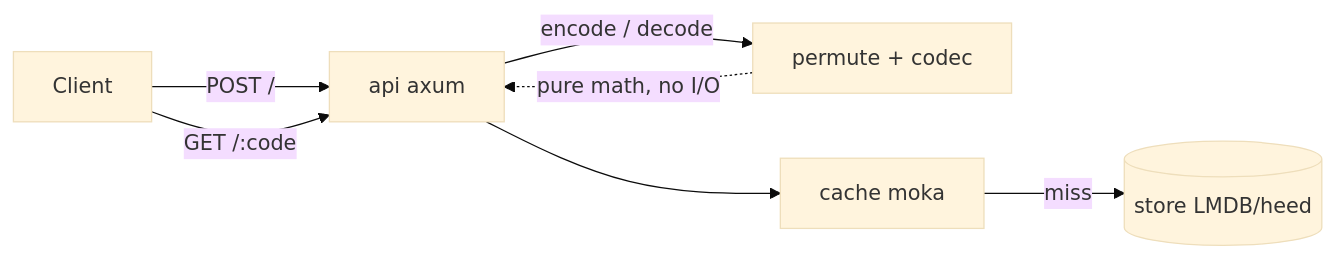
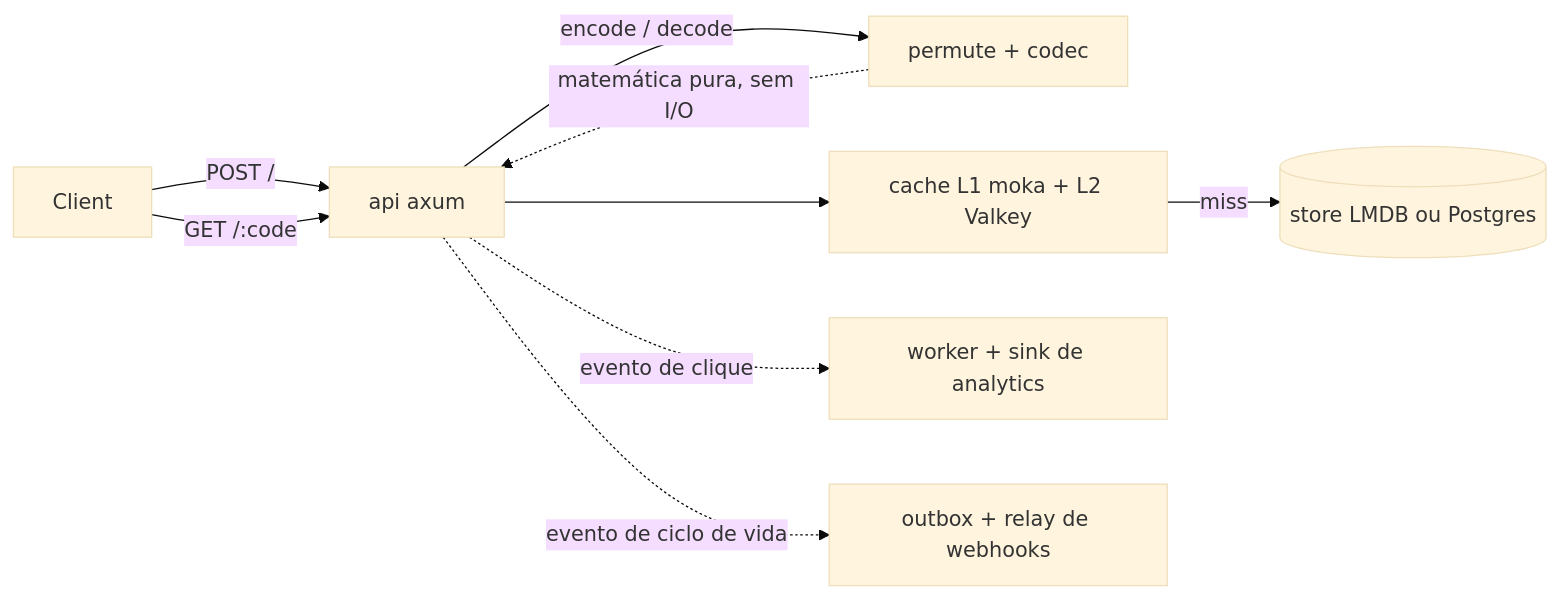
One commit to lucasolopes/quark changed the first of 5 diagrams in docs/ARCHITECTURE.PT_BR.md. Above: the diagram before and after it, drawn with Mermaid (base theme). The commit also changed other lines of this file and 1 other file, not shown here.

First line of the commit message:
docs(architecture): rewrite to final module map, Record, backends, scale layer

````diff
--- a/docs/ARCHITECTURE.PT_BR.md
+++ b/docs/ARCHITECTURE.PT_BR.md
@@ -11,9 +11,11 @@
 ```mermaid
 flowchart LR
     C[Client] -->|POST /| API[api axum]
     C -->|GET /:code| API
     API -->|encode / decode| P[permute + codec]
-    API --> CA[cache moka]
-    CA -->|miss| ST[(store LMDB/heed)]
-    P -.pure math, no I/O.-> API
+    API --> CA[cache L1 moka + L2 Valkey]
+    CA -->|miss| ST[(store LMDB ou Postgres)]
+    API -.evento de clique.-> AN[worker + sink de analytics]
+    API -.evento de ciclo de vida.-> WH[outbox + relay de webhooks]
+    P -.matemática pura, sem I/O.-> API
 ```
````
